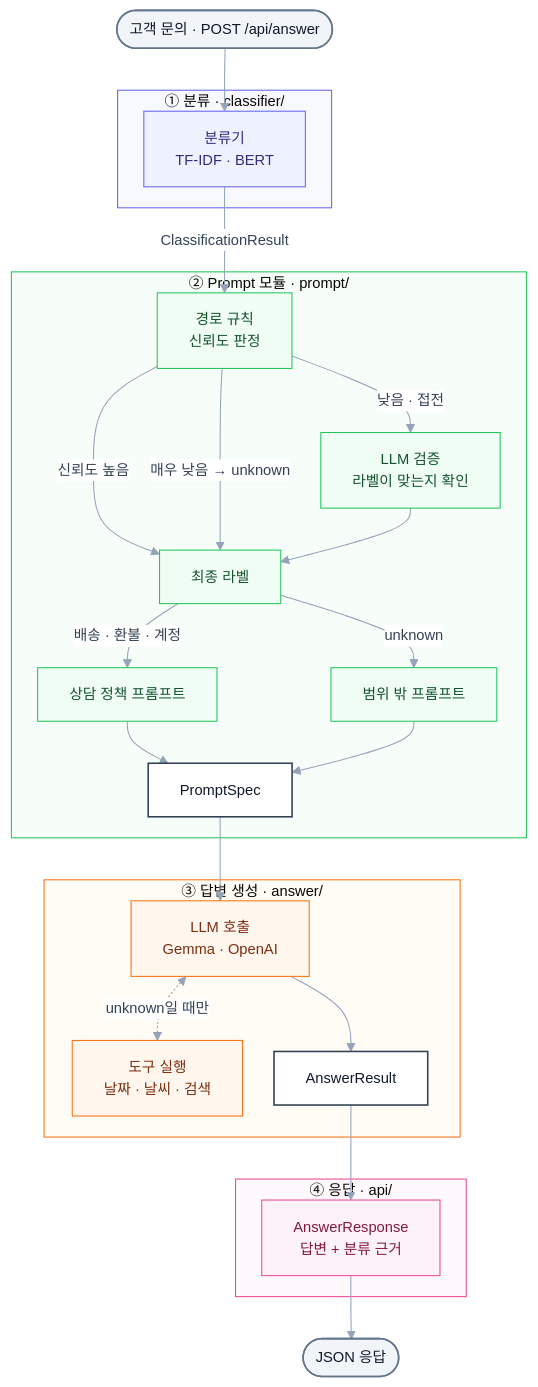
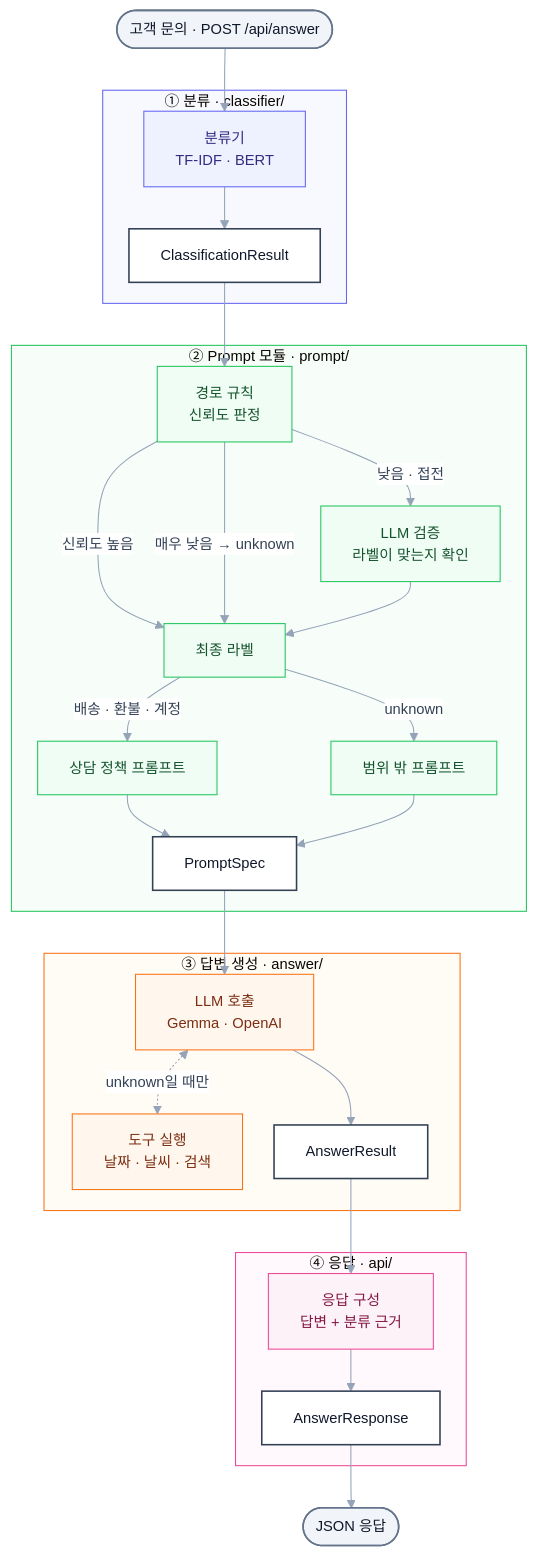
Before and after one commit to theSealLLM/Seal_LLM: the diagram in README.md, drawn with Mermaid.

Commit message:
docs: README 흐름 그림의 결과 표현을 모듈마다 같은 기준으로 통일
- 모든 모듈이 안쪽 마지막에 결과 상자 하나를 갖는다
  (ClassificationResult · PromptSpec · AnswerResult · AnswerResponse, 같은 모양)
- 모듈 사이 화살표는 "결과 상자 → 다음 모듈 첫 상자"로 통일하고 화살표 글자 제거

````diff
--- a/README.md
+++ b/README.md
@@ -9,58 +9,62 @@
 ```mermaid
 %%{init: {"theme": "base", "flowchart": {"htmlLabels": true, "curve": "basis", "nodeSpacing": 30, "rankSpacing": 40}, "themeVariables": {"fontSize": "14px", "lineColor": "#94A3B8", "clusterBkg": "#FFFFFF", "clusterBorder": "#CBD5E1", "edgeLabelBackground": "#FFFFFF", "primaryTextColor": "#334155"}}}%%
 
 flowchart TD
     IN(["고객 문의 · POST /api/answer"]):::io
 
     subgraph CLASSIFY["① 분류 · classifier/"]
         CLS["분류기<br/>TF-IDF · BERT"]:::cls
+        R1["ClassificationResult"]:::out
+        CLS --> R1
     end
 
     subgraph PROMPT["② Prompt 모듈 · prompt/"]
         ROUTER["경로 규칙<br/>신뢰도 판정"]:::prm
         VERIFY["LLM 검증<br/>라벨이 맞는지 확인"]:::prm
         LABEL["최종 라벨"]:::prm
         POLICY["상담 정책 프롬프트"]:::prm
         UNKNOWN["범위 밖 프롬프트"]:::prm
-        SPEC["PromptSpec"]:::out
+        R2["PromptSpec"]:::out
         ROUTER -->|신뢰도 높음| LABEL
         ROUTER -->|낮음 · 접전| VERIFY
         ROUTER -->|매우 낮음 → unknown| LABEL
         VERIFY --> LABEL
         LABEL -->|배송 · 환불 · 계정| POLICY
         LABEL -->|unknown| UNKNOWN
-        POLICY --> SPEC
-        UNKNOWN --> SPEC
+        POLICY --> R2
+        UNKNOWN --> R2
     end
 
     subgraph GENERATION["③ 답변 생성 · answer/"]
         GEN["LLM 호출<br/>Gemma · OpenAI"]:::ans
         EXEC["도구 실행<br/>날짜 · 날씨 · 검색"]:::ans
-        RESULT["AnswerResult"]:::out
+        R3["AnswerResult"]:::out
         GEN <-.->|unknown일 때만| EXEC
-        GEN --> RESULT
+        GEN --> R3
     end
 
     subgraph RESPONSE["④ 응답 · api/"]
-        BUILD["AnswerResponse<br/>답변 + 분류 근거"]:::api
+        BUILD["응답 구성<br/>답변 + 분류 근거"]:::api
+        R4["AnswerResponse"]:::out
+        BUILD --> R4
     end
 
     OUT(["JSON 응답"]):::io
 
     IN --> CLS
-    CLS -->|ClassificationResult| ROUTER
-    SPEC --> GEN
-    RESULT --> BUILD
-    BUILD --> OUT
+    R1 --> ROUTER
+    R2 --> GEN
+    R3 --> BUILD
+    R4 --> OUT
 
     style CLASSIFY fill:#F8F9FF,stroke:#6366F1
     style PROMPT fill:#F7FEF9,stroke:#22C55E
     style GENERATION fill:#FFFBF5,stroke:#F97316
     style RESPONSE fill:#FFF8FC,stroke:#EC4899
     classDef io fill:#F1F5F9,stroke:#64748B,color:#0F172A,stroke-width:1.5px
     classDef cls fill:#EEF2FF,stroke:#6366F1,color:#312E81
     classDef prm fill:#F0FDF4,stroke:#22C55E,color:#14532D
     classDef ans fill:#FFF7ED,stroke:#F97316,color:#7C2D12
     classDef api fill:#FDF2F8,stroke:#EC4899,color:#831843
     classDef out fill:#FFFFFF,stroke:#334155,color:#0F172A,stroke-width:1.5px
 ```
````
